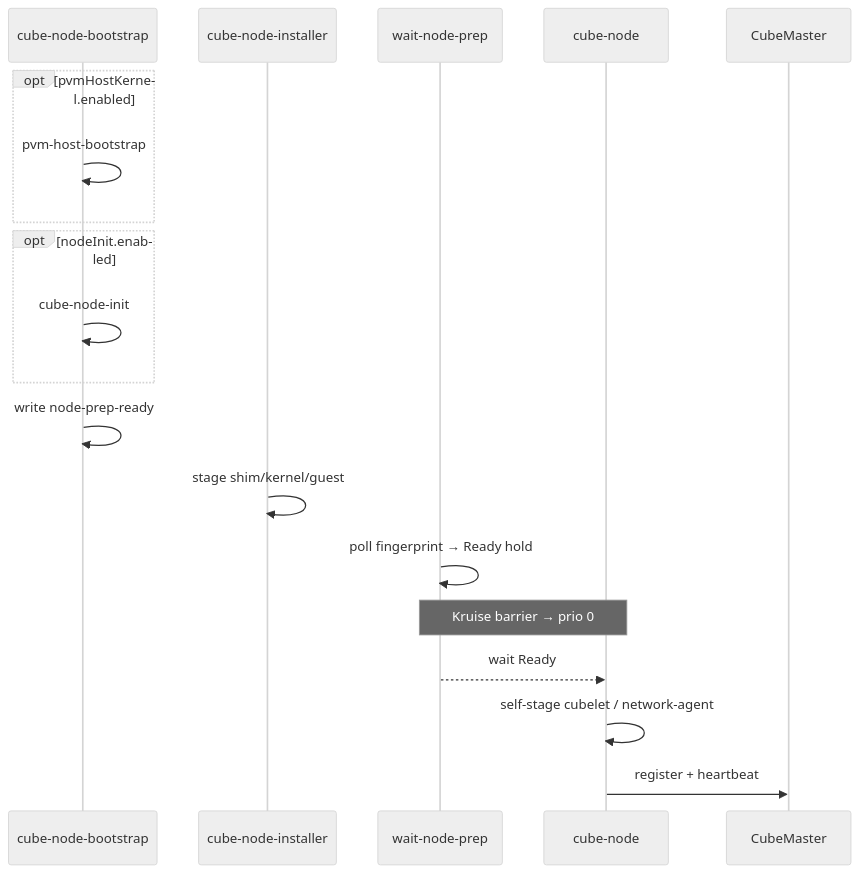
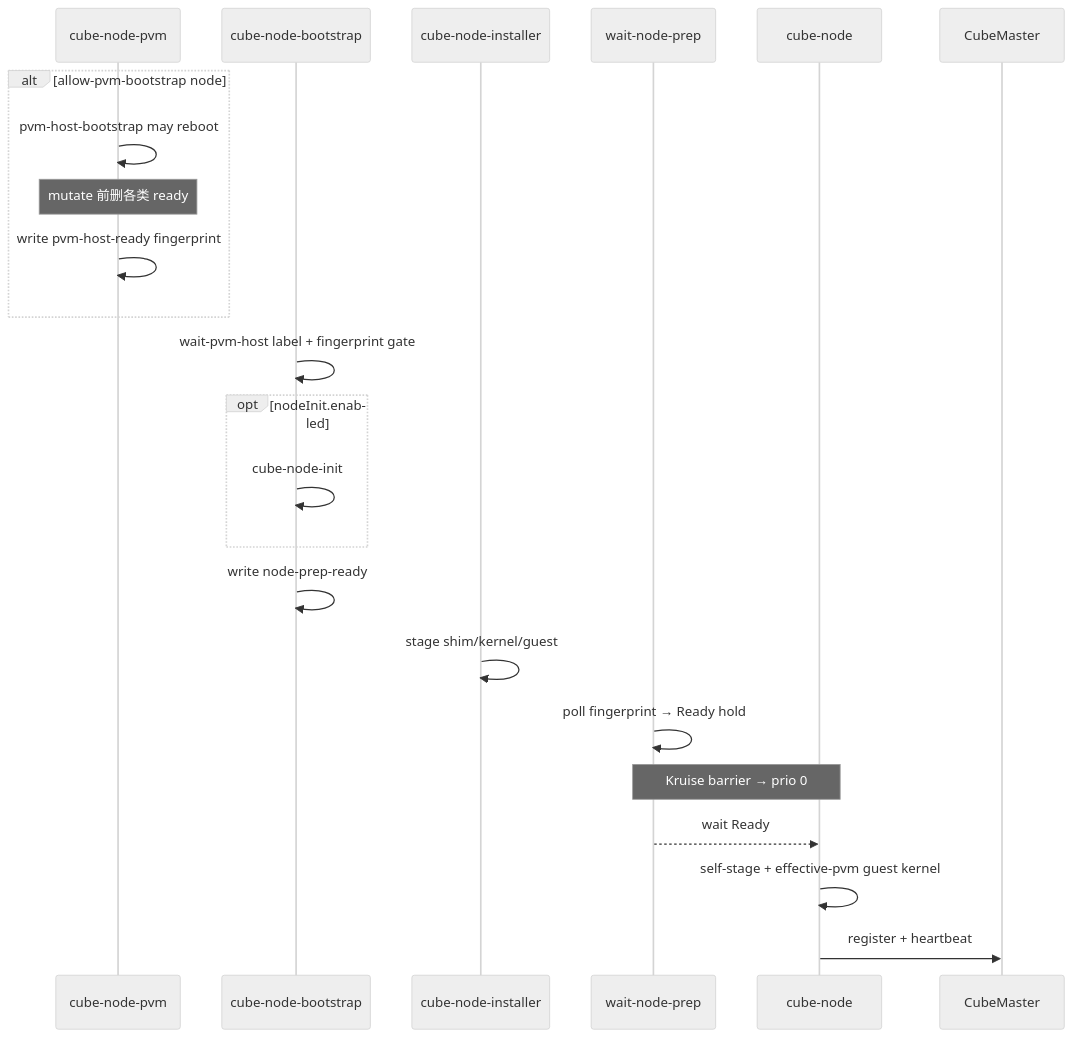
One commit to TencentCloud/CubeSandbox changed the fifth of 9 diagrams in deploy/kubernetes/chart/docs/ARCHITECTURE.md. Above: the diagram before and after it, drawn with Mermaid (neutral theme). The commit also changed other lines of this file and 21 other files, not shown here.

First line of the commit message:
feat(kubernetes): split PVM host bootstrap into dedicated DaemonSet

````diff
--- a/deploy/kubernetes/chart/docs/ARCHITECTURE.md
+++ b/deploy/kubernetes/chart/docs/ARCHITECTURE.md
@@ -218,22 +247,26 @@
 ```mermaid
 sequenceDiagram
+  participant PVM as cube-node-pvm
   participant Boot as cube-node-bootstrap
   participant Inst as cube-node-installer
   participant Wait as wait-node-prep
   participant CN as cube-node
   participant CM as CubeMaster
 
-  opt pvmHostKernel.enabled
-    Boot->>Boot: pvm-host-bootstrap
+  alt allow-pvm-bootstrap node
+    PVM->>PVM: pvm-host-bootstrap may reboot
+    Note over PVM: mutate 前删各类 ready
+    PVM->>PVM: write pvm-host-ready fingerprint
   end
+  Boot->>Boot: wait-pvm-host label + fingerprint gate
   opt nodeInit.enabled
     Boot->>Boot: cube-node-init
   end
   Boot->>Boot: write node-prep-ready
   Inst->>Inst: stage shim/kernel/guest
   Wait->>Wait: poll fingerprint → Ready hold
   Note over Wait,CN: Kruise barrier → prio 0
   Wait-->>CN: wait Ready
-  CN->>CN: self-stage cubelet / network-agent
+  CN->>CN: self-stage + effective-pvm guest kernel
   CN->>CM: register + heartbeat
 ```
````
